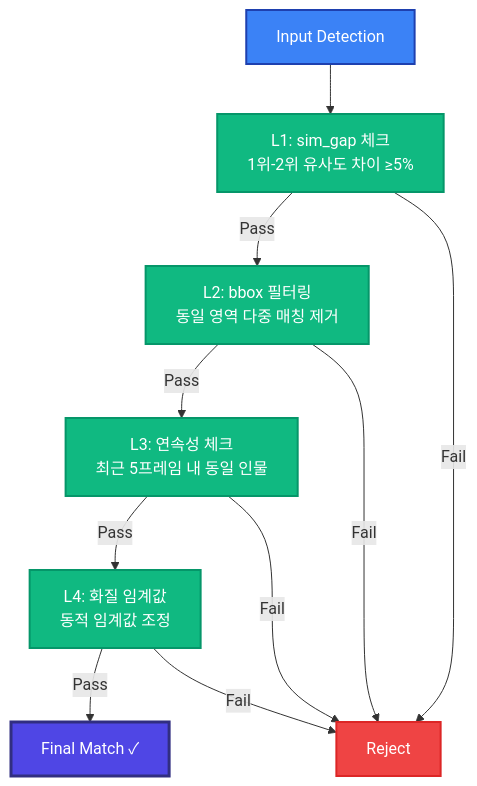
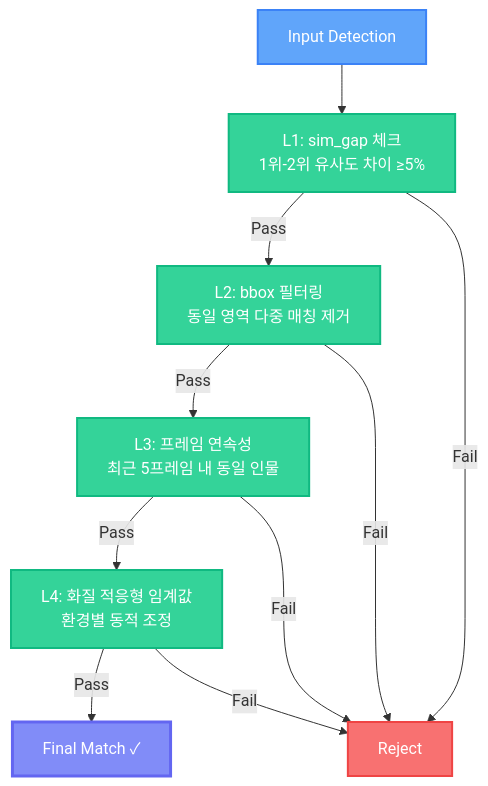
The seventh of 11 diagrams in PROJECT_PLAN.md (jongwoo108/EyeSis), drawn with Mermaid before and after one commit. The commit also changed other lines of this file, not shown here.

````diff
--- a/PROJECT_PLAN.md
+++ b/PROJECT_PLAN.md
@@ -270,30 +240,30 @@
 ```mermaid
 flowchart TD
     Input["Input Detection"]
     
     L1["L1: sim_gap 체크<br/>1위-2위 유사도 차이 ≥5%"]
     L2["L2: bbox 필터링<br/>동일 영역 다중 매칭 제거"]
-    L3["L3: 연속성 체크<br/>최근 5프레임 내 동일 인물"]
-    L4["L4: 화질 임계값<br/>동적 임계값 조정"]
+    L3["L3: 프레임 연속성<br/>최근 5프레임 내 동일 인물"]
+    L4["L4: 화질 적응형 임계값<br/>환경별 동적 조정"]
     
-    Final["Final Match ✓"]
-    Reject["Reject"]
+    Output["Final Match ✓"]
     
     Input --> L1
     L1 -->|Pass| L2
-    L1 -->|Fail| Reject
     L2 -->|Pass| L3
+    L3 -->|Pass| L4
+    L4 -->|Pass| Output
+    
+    L1 -->|Fail| Reject["Reject"]
     L2 -->|Fail| Reject
-    L3 -->|Pass| L4
     L3 -->|Fail| Reject
-    L4 -->|Pass| Final
     L4 -->|Fail| Reject
     
-    style Input fill:#3B82F6,stroke:#1E40AF,stroke-width:2px,color:#fff
-    style L1 fill:#10B981,stroke:#059669,stroke-width:2px,color:#fff
-    style L2 fill:#10B981,stroke:#059669,stroke-width:2px,color:#fff
-    style L3 fill:#10B981,stroke:#059669,stroke-width:2px,color:#fff
-    style L4 fill:#10B981,stroke:#059669,stroke-width:2px,color:#fff
-    style Final fill:#4F46E5,stroke:#312E81,stroke-width:3px,color:#fff
-    style Reject fill:#EF4444,stroke:#DC2626,stroke-width:2px,color:#fff
+    style Input fill:#60A5FA,stroke:#3B82F6,stroke-width:2px,color:#fff
+    style L1 fill:#34D399,stroke:#10B981,stroke-width:2px,color:#fff
+    style L2 fill:#34D399,stroke:#10B981,stroke-width:2px,color:#fff
+    style L3 fill:#34D399,stroke:#10B981,stroke-width:2px,color:#fff
+    style L4 fill:#34D399,stroke:#10B981,stroke-width:2px,color:#fff
+    style Output fill:#818CF8,stroke:#6366F1,stroke-width:3px,color:#fff
+    style Reject fill:#F87171,stroke:#EF4444,stroke-width:2px,color:#fff
 ```
````
